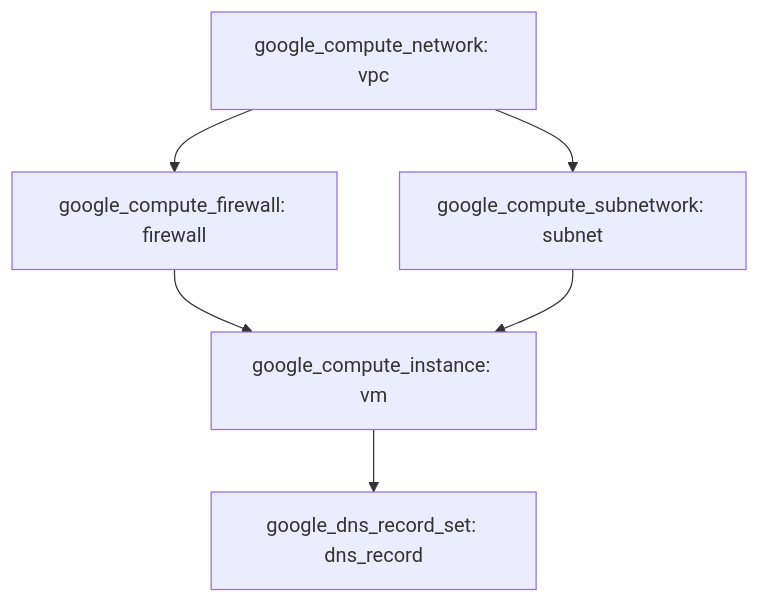
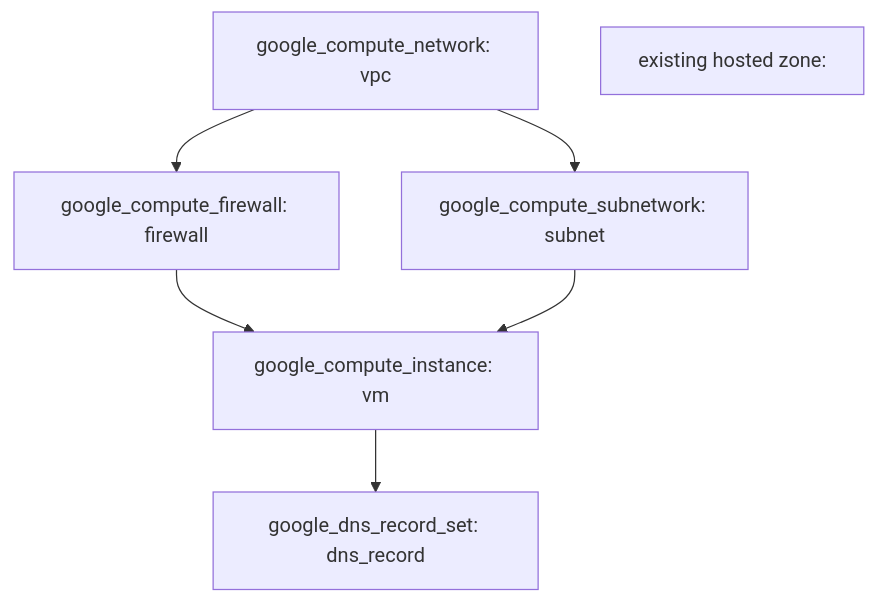
The diagram in solutions/solution-basic-web-site-single-vm/readme.md (vincentliuyin/gcp-terraform), drawn with Mermaid before and after one commit. The commit also changed other lines of this file and 7 other files, not shown here.

````diff
--- a/solutions/solution-basic-web-site-single-vm/readme.md
+++ b/solutions/solution-basic-web-site-single-vm/readme.md
@@ -4,13 +24,14 @@
 ```mermaid
 graph TB
   A["google_compute_network: vpc"]
   B["google_compute_subnetwork: subnet"]
   C["google_compute_firewall: firewall"]
   D["google_compute_instance: vm"]
   E["google_dns_record_set: dns_record"]
+  F["existing hosted zone: "]
   A --> B
   A --> C
   C --> D
   B --> D
   D --> E
 ```
````
